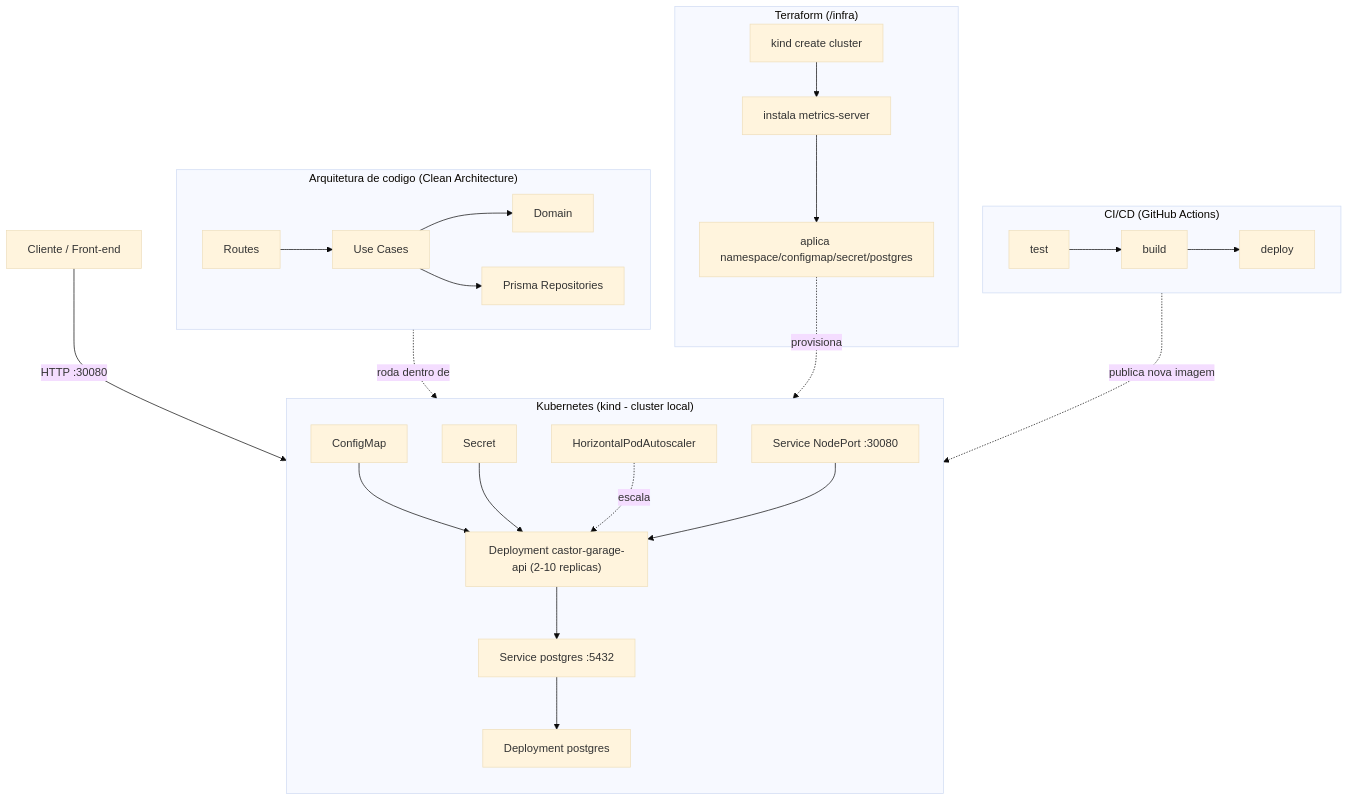
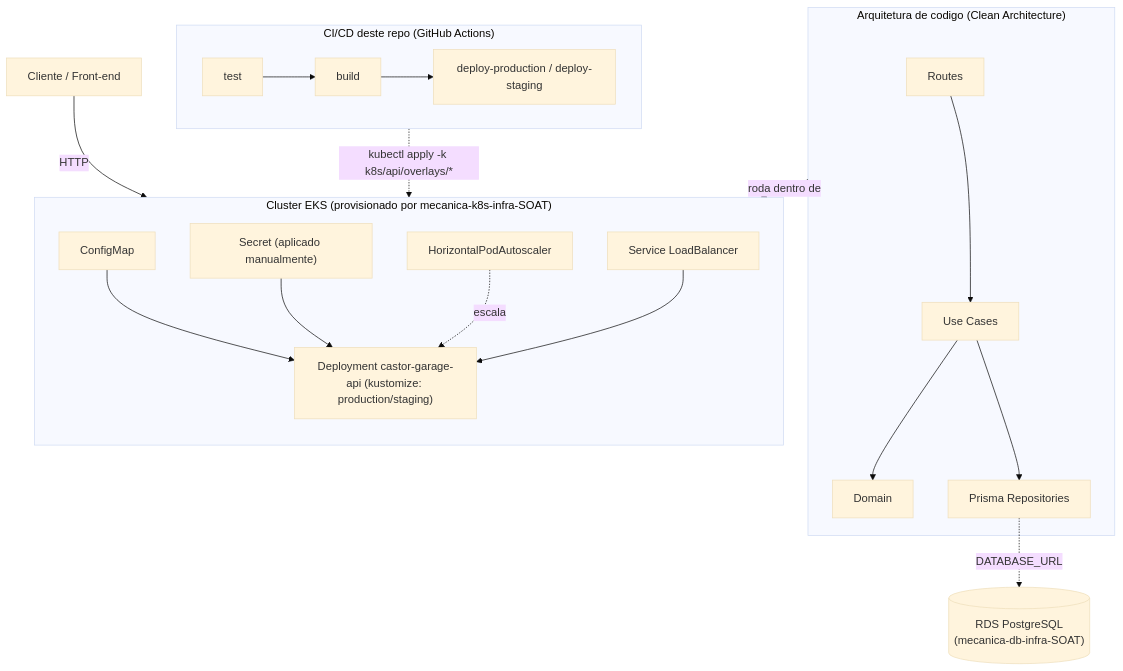
One commit to Castor-Garage/mecanica-pos-SOAT changed the diagram in README.md. Above: the diagram before and after it, drawn with Mermaid (base theme). The commit also changed other lines of this file and 27 other files, not shown here.

First line of the commit message:
chore: remove infra de k8s/banco de dados orfa deste repositorio (#21)

````diff
--- a/README.md
+++ b/README.md
@@ -106,34 +106,29 @@
 ```mermaid
 flowchart TB
-  Client["Cliente / Front-end"] -->|HTTP :30080| Svc
+  Client["Cliente / Front-end"] -->|HTTP| Svc
 
   subgraph API["Arquitetura de codigo (Clean Architecture)"]
     Routes["Routes"] --> UseCases["Use Cases"]
     UseCases --> Domain["Domain"]
     UseCases --> Repos["Prisma Repositories"]
   end
 
   API -. roda dentro de .-> Deploy
 
-  subgraph K8s["Kubernetes (kind - cluster local)"]
+  subgraph EKS["Cluster EKS (provisionado por mecanica-k8s-infra-SOAT)"]
     direction TB
     CM["ConfigMap"] --> Deploy
-    Secret["Secret"] --> Deploy
-    HPA["HorizontalPodAutoscaler"] -. escala .-> Deploy["Deployment castor-garage-api (2-10 replicas)"]
-    Svc["Service NodePort :30080"] --> Deploy
-    Deploy --> PgSvc["Service postgres :5432"] --> PgDeploy["Deployment postgres"]
+    Secret["Secret (aplicado manualmente)"] --> Deploy
+    HPA["HorizontalPodAutoscaler"] -. escala .-> Deploy["Deployment castor-garage-api (kustomize: production/staging)"]
+    Svc["Service LoadBalancer"] --> Deploy
   end
 
-  subgraph TF["Terraform (/infra)"]
-    T1["kind create cluster"] --> T2["instala metrics-server"] --> T3["aplica namespace/configmap/secret/postgres"]
+  Repos -.->|"DATABASE_URL"| RDS[("RDS PostgreSQL\n(mecanica-db-infra-SOAT)")]
+
+  subgraph CICD["CI/CD deste repo (GitHub Actions)"]
+    direction LR
+    J1["test"] --> J2["build"] --> J3["deploy-production / deploy-staging"]
   end
 
-  T3 -. provisiona .-> K8s
-
-  subgraph CICD["CI/CD (GitHub Actions)"]
-    direction LR
-    J1["test"] --> J2["build"] --> J3["deploy"]
-  end
-
-  J3 -. publica nova imagem .-> Deploy
+  J3 -. "kubectl apply -k k8s/api/overlays/*" .-> Deploy
 ```
````
